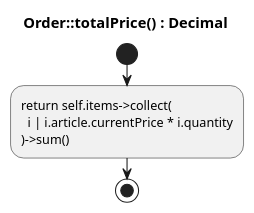
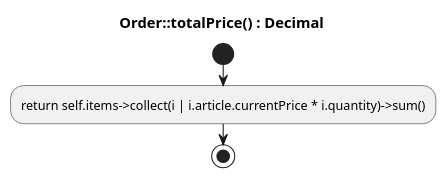
Before and after one commit to scx-othr/MoProCo-evaluation: the diagram in shop/classical-uml/total-price.puml, drawn with PlantUML. The commit also changed 14 other files, not shown here.

```diff
--- a/shop/classical-uml/total-price.puml
+++ b/shop/classical-uml/total-price.puml
@@ -1,9 +1,7 @@
 @startuml
 title Order::totalPrice() : Decimal
 
 start
-:return self.items->collect(
-  i | i.article.currentPrice * i.quantity
-)->sum();
+:return self.items->collect(i | i.article.currentPrice * i.quantity)->sum();
 stop
 @enduml
```
